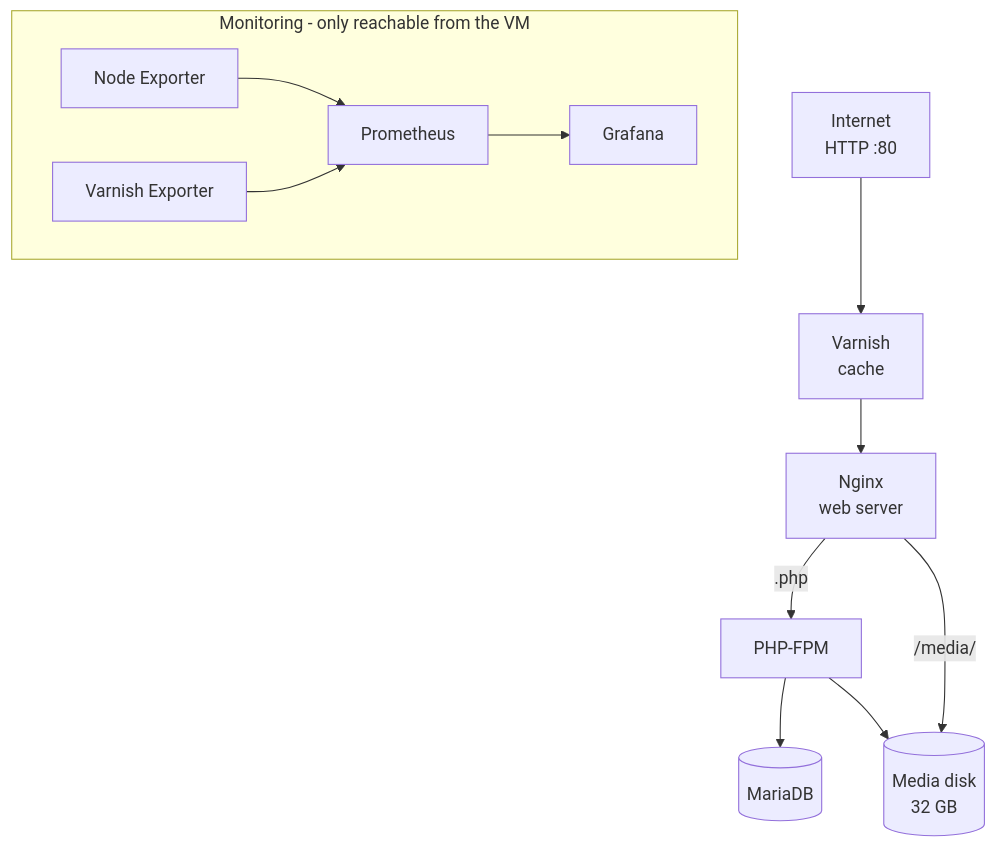
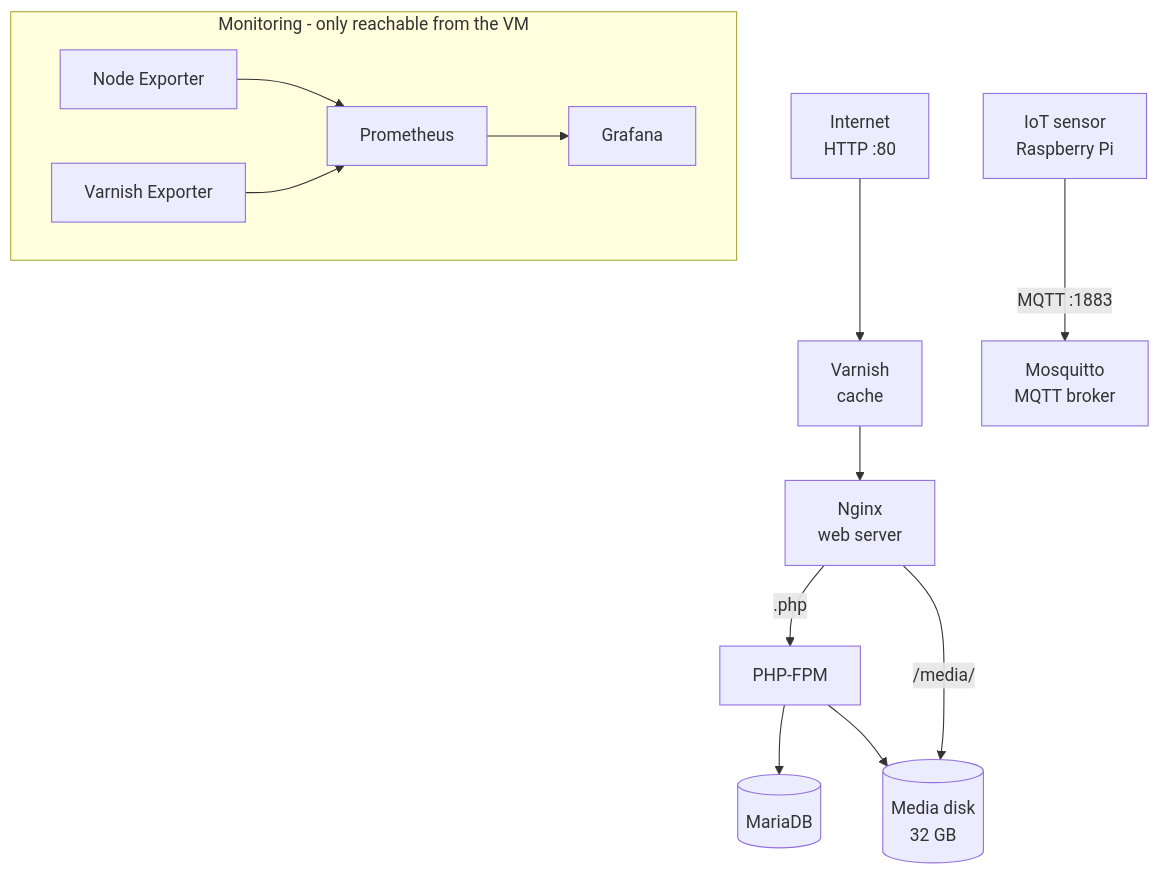
Before and after one commit to LeaJacobsen/lempstack: the diagram in README.md, drawn with Mermaid. The commit also changed other lines of this file and 5 other files, not shown here.

Commit message:
Add MQTT broker (Opgave 5) and LEMP naming note

````diff
--- a/README.md
+++ b/README.md
@@ -10,14 +14,15 @@
 ```mermaid
 flowchart TD
     U[Internet<br/>HTTP :80] --> V[Varnish<br/>cache]
     V --> N[Nginx<br/>web server]
     N -->|.php| P[PHP-FPM]
     N -->|/media/| M[(Media disk<br/>32 GB)]
     P --> D[(MariaDB)]
     P --> M
+    S[IoT sensor<br/>Raspberry Pi] -->|MQTT :1883| Q[Mosquitto<br/>MQTT broker]
     subgraph Monitoring [Monitoring - only reachable from the VM]
       NE[Node Exporter] --> PR[Prometheus]
       VE[Varnish Exporter] --> PR
       PR --> G[Grafana]
     end
 ```
````
